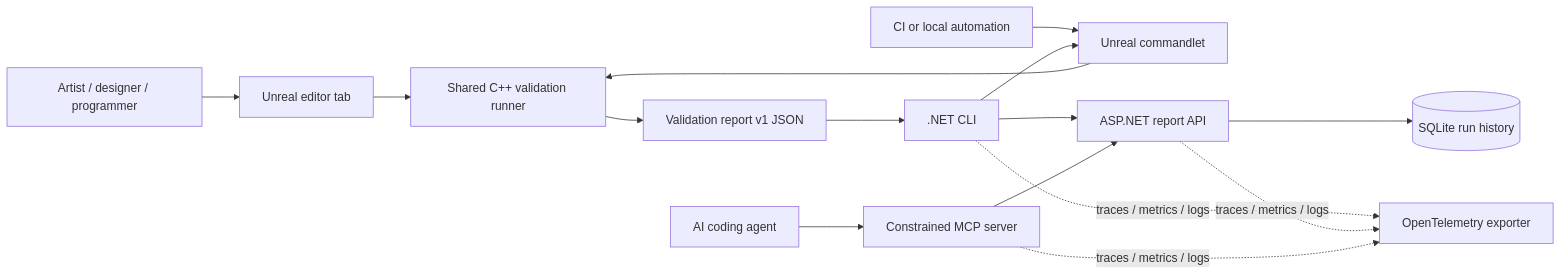
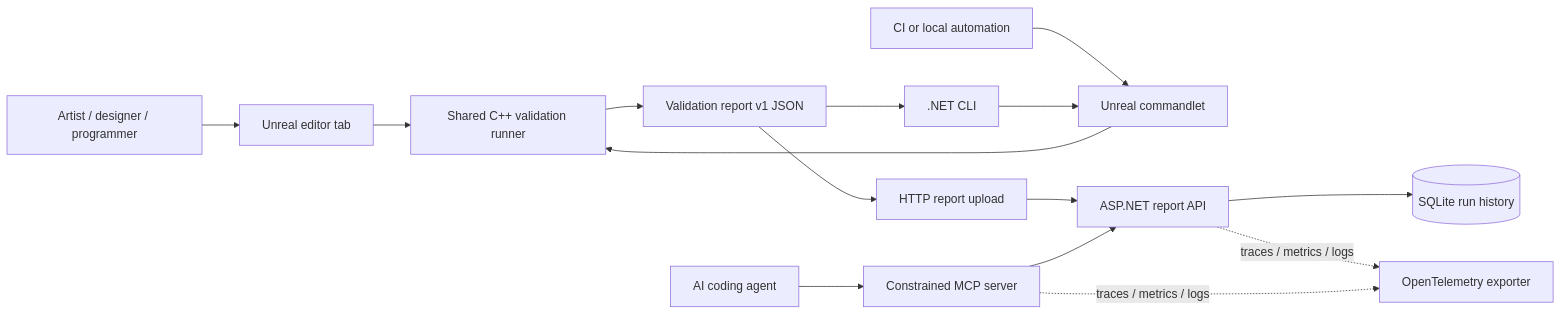
Before and after one commit to MarvelousJade/PipelineGuard: the diagram in docs/architecture.md, drawn with Mermaid. The commit also changed other lines of this file and 7 other files, not shown here.

````diff
--- a/docs/architecture.md
+++ b/docs/architecture.md
@@ -7,17 +7,17 @@
 ```mermaid
 flowchart LR
     User[Artist / designer / programmer] --> Editor[Unreal editor tab]
     CI[CI or local automation] --> Cmd[Unreal commandlet]
     Editor --> Runner[Shared C++ validation runner]
     Cmd --> Runner
     Runner --> Report[Validation report v1 JSON]
     CLI[.NET CLI] --> Cmd
     Report --> CLI
-    CLI --> API[ASP.NET report API]
+    Upload[HTTP report upload] --> API[ASP.NET report API]
+    Report --> Upload
     API --> DB[(SQLite run history)]
     MCP[Constrained MCP server] --> API
     Agent[AI coding agent] --> MCP
-    CLI -. traces / metrics / logs .-> OTel[OpenTelemetry exporter]
-    API -. traces / metrics / logs .-> OTel
+    API -. traces / metrics / logs .-> OTel[OpenTelemetry exporter]
     MCP -. traces / metrics / logs .-> OTel
 ```
````
